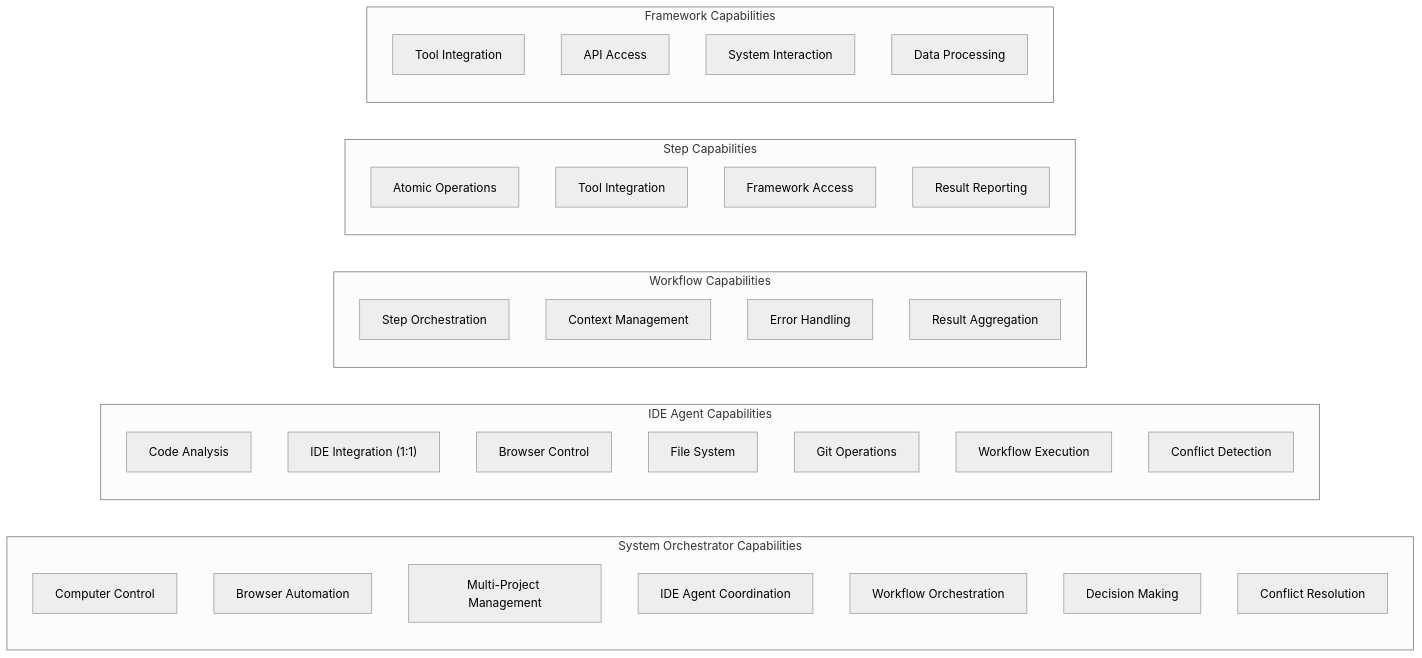
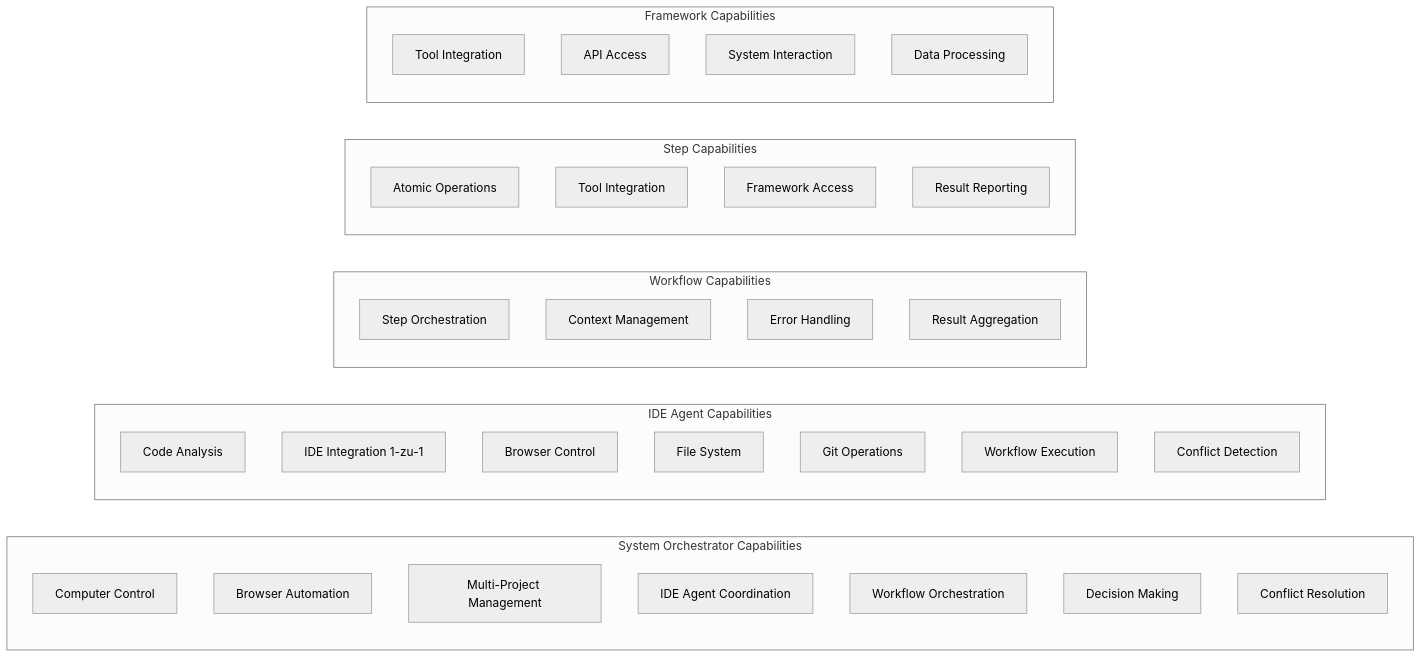
Before and after one commit to fr4iser90/PIDEA: the fourth of 6 diagrams in docs/architecture/meta-ebenen-capabilities.md, drawn with Mermaid (neutral theme). The commit also changed other lines of this file, not shown here.

First line of the commit message:
Refactor Architecture Documentation for Consistency and Clarity

````diff
--- a/docs/architecture/meta-ebenen-capabilities.md
+++ b/docs/architecture/meta-ebenen-capabilities.md
@@ -209,43 +180,43 @@
 ```mermaid
 graph LR
     subgraph "System Orchestrator Capabilities"
-        SO_COMP[Computer Control]
-        SO_BROWSER[Browser Automation]
-        SO_MULTI[Multi-Project Management]
-        SO_IDE[IDE Agent Coordination]
-        SO_WF[Workflow Orchestration]
-        SO_DEC[Decision Making]
-        SO_CONFLICT[Conflict Resolution]
+        SO_COMP["Computer Control"]
+        SO_BROWSER["Browser Automation"]
+        SO_MULTI["Multi-Project Management"]
+        SO_IDE["IDE Agent Coordination"]
+        SO_WF["Workflow Orchestration"]
+        SO_DEC["Decision Making"]
+        SO_CONFLICT["Conflict Resolution"]
     end
     
     subgraph "IDE Agent Capabilities"
-        AG_CODE[Code Analysis]
-        AG_IDE["IDE Integration (1:1)"]
-        AG_BROWSER[Browser Control]
-        AG_FS[File System]
-        AG_GIT[Git Operations]
-        AG_WF[Workflow Execution]
-        AG_CONFLICT[Conflict Detection]
+        AG_CODE["Code Analysis"]
+        AG_IDE["IDE Integration 1-zu-1"]
+        AG_BROWSER["Browser Control"]
+        AG_FS["File System"]
+        AG_GIT["Git Operations"]
+        AG_WF["Workflow Execution"]
+        AG_CONFLICT["Conflict Detection"]
     end
     
     subgraph "Workflow Capabilities"
-        WF_STEPS[Step Orchestration]
-        WF_CTX[Context Management]
-        WF_ERR[Error Handling]
-        WF_RES[Result Aggregation]
+        WF_STEPS["Step Orchestration"]
+        WF_CTX["Context Management"]
+        WF_ERR["Error Handling"]
+        WF_RES["Result Aggregation"]
     end
     
     subgraph "Step Capabilities"
-        ST_ATOMIC[Atomic Operations]
-        ST_TOOL[Tool Integration]
-        ST_FW[Framework Access]
-        ST_REP[Result Reporting]
+        ST_ATOMIC["Atomic Operations"]
+        ST_TOOL["Tool Integration"]
+        ST_FW["Framework Access"]
+        ST_REP["Result Reporting"]
     end
     
     subgraph "Framework Capabilities"
-        FW_TOOL[Tool Integration]
-        FW_API[API Access]
-        FW_SYS[System Interaction]
-        FW_DATA[Data Processing]
+        FW_TOOL["Tool Integration"]
+        FW_API["API Access"]
+        FW_SYS["System Interaction"]
+        FW_DATA["Data Processing"]
     end
 ```
````
